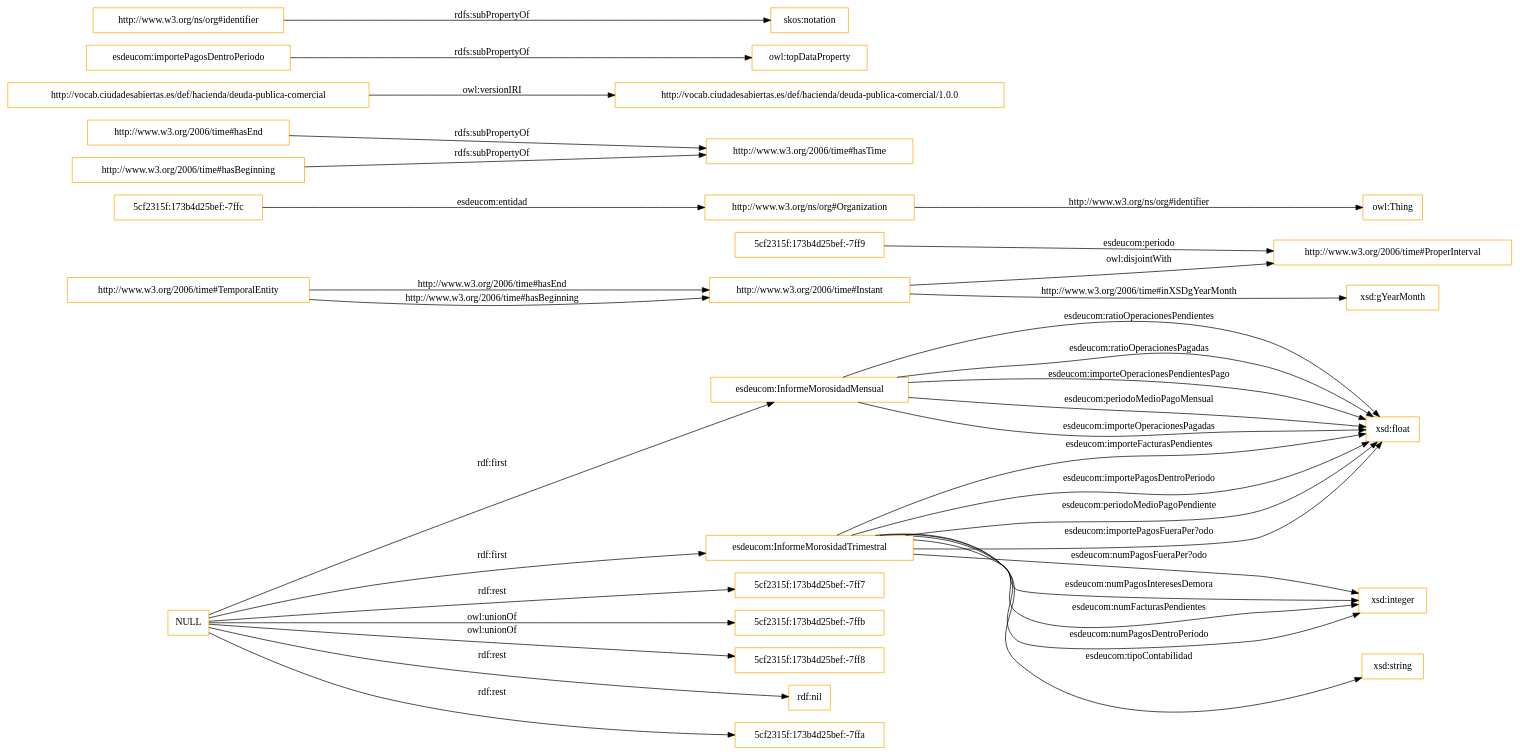
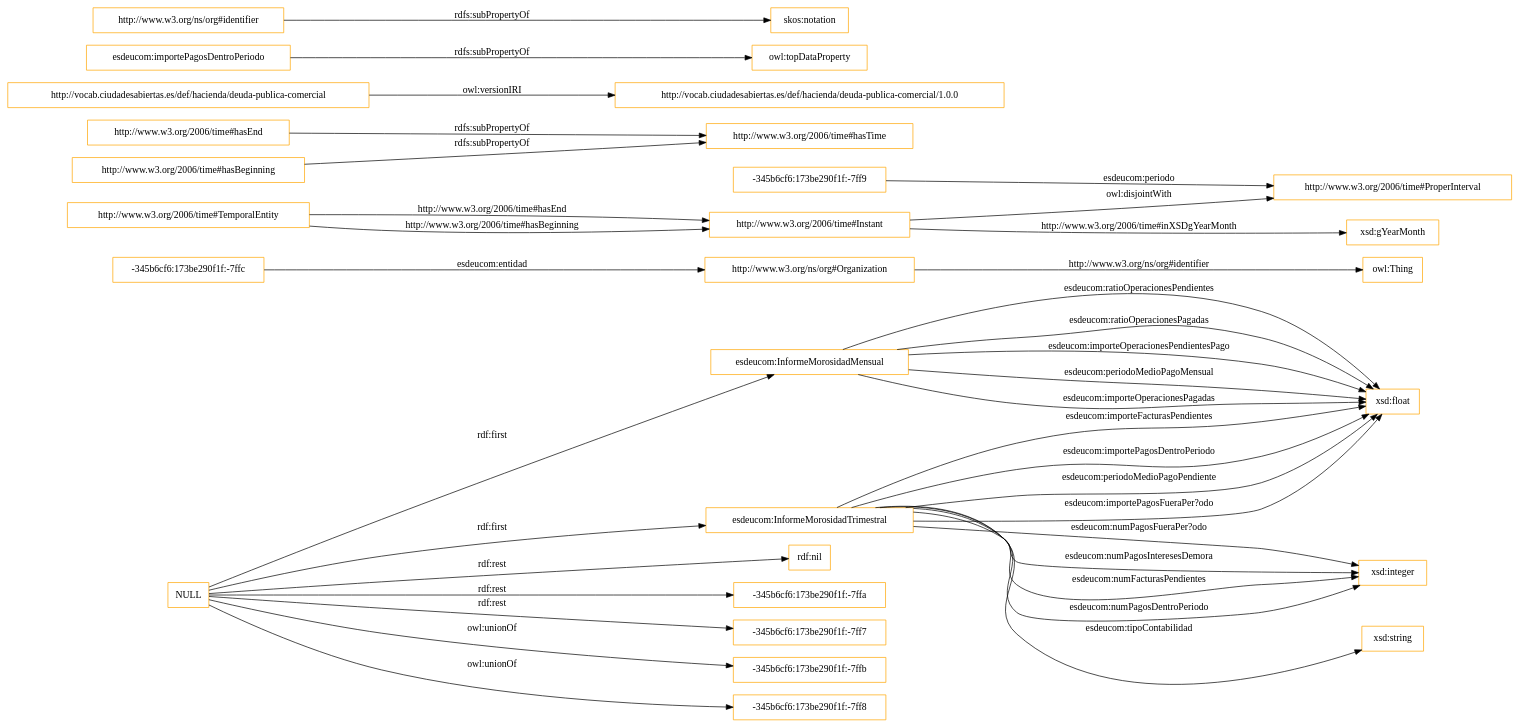
Before and after one commit to ednaru/vocab-economia-deuda-comercial: the diagram in OnToology/ontology/deudaPublicaComercial.owl/diagrams/ar2dtool-class/deudaPublicaComercial.owl.png.dot, drawn with Graphviz. The commit also changed 15 other files, not shown here.

```diff
--- a/OnToology/ontology/deudaPublicaComercial.owl/diagrams/ar2dtool-class/deudaPublicaComercial.owl.png.dot
+++ b/OnToology/ontology/deudaPublicaComercial.owl/diagrams/ar2dtool-class/deudaPublicaComercial.owl.png.dot
@@ -1,39 +1,39 @@
 digraph ar2dtool_diagram { 
 rankdir=LR;
 size="1501"
-node [shape = rectangle, color="orange"]; "esdeucom:InformeMorosidadMensual" "esdeucom:InformeMorosidadTrimestral" "http://www.w3.org/2006/time#ProperInterval" "http://www.w3.org/2006/time#TemporalEntity" "5cf2315f:173b4d25bef:-7ffc" "http://www.w3.org/ns/org#Organization" "5cf2315f:173b4d25bef:-7ff9" "http://www.w3.org/2006/time#Instant" ; /*classes style*/
+node [shape = rectangle, color="orange"]; "esdeucom:InformeMorosidadMensual" "esdeucom:InformeMorosidadTrimestral" "-345b6cf6:173be290f1f:-7ffc" "http://www.w3.org/2006/time#ProperInterval" "-345b6cf6:173be290f1f:-7ff9" "http://www.w3.org/2006/time#TemporalEntity" "http://www.w3.org/ns/org#Organization" "http://www.w3.org/2006/time#Instant" ; /*classes style*/
 	"http://www.w3.org/2006/time#hasEnd" -> "http://www.w3.org/2006/time#hasTime" [ label = "rdfs:subPropertyOf" ];
 	"http://vocab.ciudadesabiertas.es/def/hacienda/deuda-publica-comercial" -> "http://vocab.ciudadesabiertas.es/def/hacienda/deuda-publica-comercial/1.0.0" [ label = "owl:versionIRI" ];
 	"http://www.w3.org/2006/time#Instant" -> "http://www.w3.org/2006/time#ProperInterval" [ label = "owl:disjointWith" ];
 	"esdeucom:importePagosDentroPeriodo" -> "owl:topDataProperty" [ label = "rdfs:subPropertyOf" ];
 	"http://www.w3.org/2006/time#hasBeginning" -> "http://www.w3.org/2006/time#hasTime" [ label = "rdfs:subPropertyOf" ];
 	"http://www.w3.org/ns/org#identifier" -> "skos:notation" [ label = "rdfs:subPropertyOf" ];
-	"NULL" -> "5cf2315f:173b4d25bef:-7ff7" [ label = "rdf:rest" ];
-	"NULL" -> "5cf2315f:173b4d25bef:-7ffb" [ label = "owl:unionOf" ];
-	"NULL" -> "5cf2315f:173b4d25bef:-7ff8" [ label = "owl:unionOf" ];
 	"NULL" -> "rdf:nil" [ label = "rdf:rest" ];
 	"NULL" -> "esdeucom:InformeMorosidadTrimestral" [ label = "rdf:first" ];
-	"NULL" -> "5cf2315f:173b4d25bef:-7ffa" [ label = "rdf:rest" ];
+	"NULL" -> "-345b6cf6:173be290f1f:-7ffa" [ label = "rdf:rest" ];
+	"NULL" -> "-345b6cf6:173be290f1f:-7ff7" [ label = "rdf:rest" ];
 	"NULL" -> "esdeucom:InformeMorosidadMensual" [ label = "rdf:first" ];
+	"NULL" -> "-345b6cf6:173be290f1f:-7ffb" [ label = "owl:unionOf" ];
+	"NULL" -> "-345b6cf6:173be290f1f:-7ff8" [ label = "owl:unionOf" ];
 	"esdeucom:InformeMorosidadMensual" -> "xsd:float" [ label = "esdeucom:ratioOperacionesPendientes" ];
 	"esdeucom:InformeMorosidadTrimestral" -> "xsd:integer" [ label = "esdeucom:numPagosFueraPer?odo" ];
 	"http://www.w3.org/2006/time#TemporalEntity" -> "http://www.w3.org/2006/time#Instant" [ label = "http://www.w3.org/2006/time#hasEnd" ];
 	"esdeucom:InformeMorosidadTrimestral" -> "xsd:float" [ label = "esdeucom:importeFacturasPendientes" ];
 	"esdeucom:InformeMorosidadTrimestral" -> "xsd:string" [ label = "esdeucom:tipoContabilidad" ];
 	"esdeucom:InformeMorosidadTrimestral" -> "xsd:integer" [ label = "esdeucom:numPagosInteresesDemora" ];
 	"esdeucom:InformeMorosidadTrimestral" -> "xsd:integer" [ label = "esdeucom:numFacturasPendientes" ];
 	"esdeucom:InformeMorosidadMensual" -> "xsd:float" [ label = "esdeucom:ratioOperacionesPagadas" ];
 	"esdeucom:InformeMorosidadTrimestral" -> "xsd:float" [ label = "esdeucom:importePagosDentroPeriodo" ];
 	"http://www.w3.org/2006/time#TemporalEntity" -> "http://www.w3.org/2006/time#Instant" [ label = "http://www.w3.org/2006/time#hasBeginning" ];
 	"esdeucom:InformeMorosidadTrimestral" -> "xsd:float" [ label = "esdeucom:periodoMedioPagoPendiente" ];
-	"5cf2315f:173b4d25bef:-7ffc" -> "http://www.w3.org/ns/org#Organization" [ label = "esdeucom:entidad" ];
+	"-345b6cf6:173be290f1f:-7ffc" -> "http://www.w3.org/ns/org#Organization" [ label = "esdeucom:entidad" ];
 	"esdeucom:InformeMorosidadMensual" -> "xsd:float" [ label = "esdeucom:importeOperacionesPendientesPago" ];
-	"5cf2315f:173b4d25bef:-7ff9" -> "http://www.w3.org/2006/time#ProperInterval" [ label = "esdeucom:periodo" ];
+	"-345b6cf6:173be290f1f:-7ff9" -> "http://www.w3.org/2006/time#ProperInterval" [ label = "esdeucom:periodo" ];
 	"http://www.w3.org/ns/org#Organization" -> "owl:Thing" [ label = "http://www.w3.org/ns/org#identifier" ];
 	"esdeucom:InformeMorosidadTrimestral" -> "xsd:float" [ label = "esdeucom:importePagosFueraPer?odo" ];
 	"esdeucom:InformeMorosidadMensual" -> "xsd:float" [ label = "esdeucom:periodoMedioPagoMensual" ];
 	"http://www.w3.org/2006/time#Instant" -> "xsd:gYearMonth" [ label = "http://www.w3.org/2006/time#inXSDgYearMonth" ];
 	"esdeucom:InformeMorosidadTrimestral" -> "xsd:integer" [ label = "esdeucom:numPagosDentroPeriodo" ];
 	"esdeucom:InformeMorosidadMensual" -> "xsd:float" [ label = "esdeucom:importeOperacionesPagadas" ];
 
 }
```
